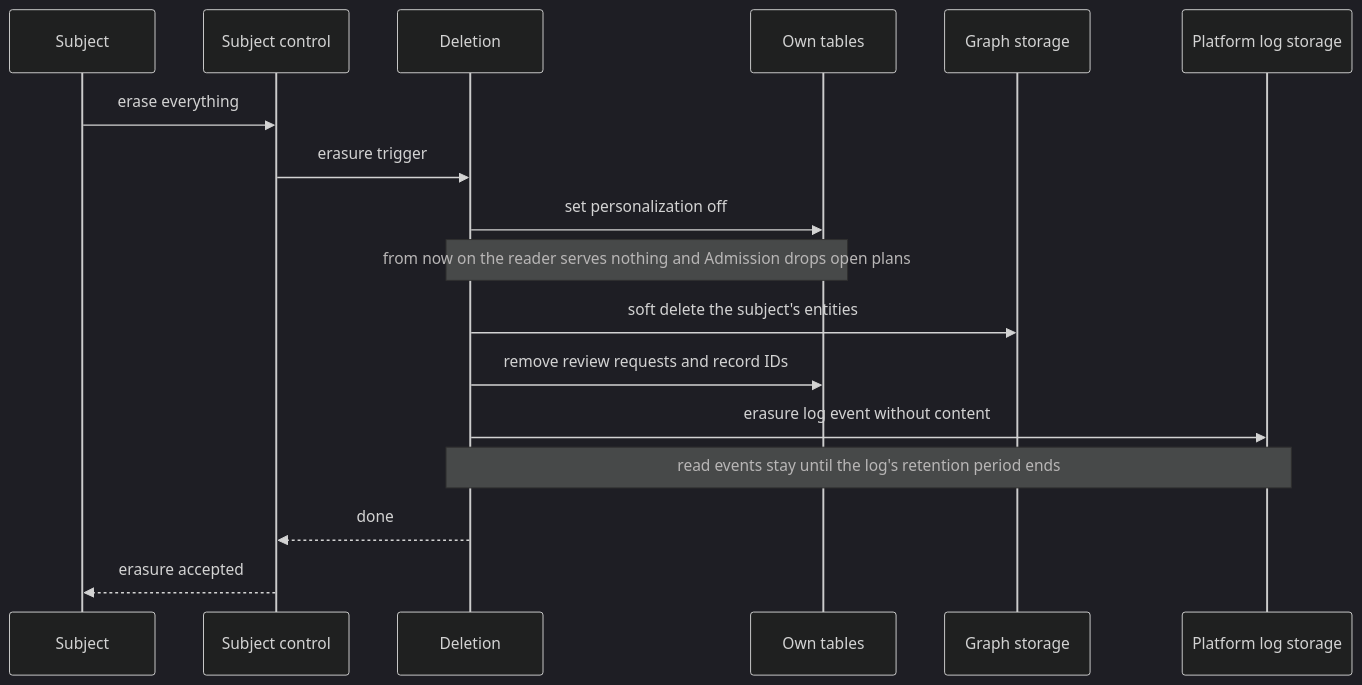
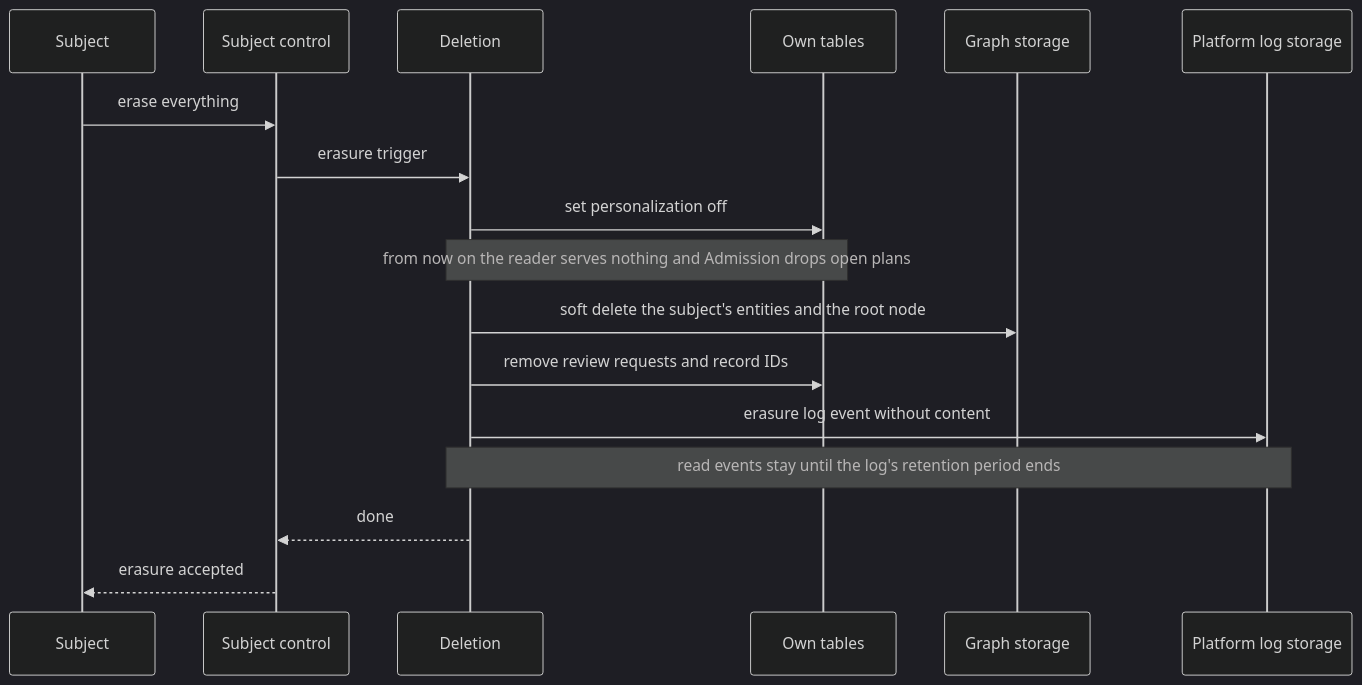
One commit to AndIConstructor/gears-rust changed the eighth of 9 diagrams in gears/construct/docs/DESIGN.md. Above: the diagram before and after it, drawn with Mermaid (dark theme). The commit also changed other lines of this file, not shown here.

First line of the commit message:
docs(construct): soft-delete the root node on erasure and sharpen two feature-design items

````diff
--- a/gears/construct/docs/DESIGN.md
+++ b/gears/construct/docs/DESIGN.md
@@ -919,19 +919,19 @@
 ```mermaid
 sequenceDiagram
     participant SU as Subject
     participant SC as Subject control
     participant DEL as Deletion
     participant T as Own tables
     participant GS as Graph storage
     participant LS as Platform log storage
     SU->>SC: erase everything
     SC->>DEL: erasure trigger
     DEL->>T: set personalization off
     Note over DEL,T: from now on the reader serves nothing and Admission drops open plans
-    DEL->>GS: soft delete the subject's entities
+    DEL->>GS: soft delete the subject's entities and the root node
     DEL->>T: remove review requests and record IDs
     DEL->>LS: erasure log event without content
     Note over DEL,LS: read events stay until the log's retention period ends
     DEL-->>SC: done
     SC-->>SU: erasure accepted
 ```
````
